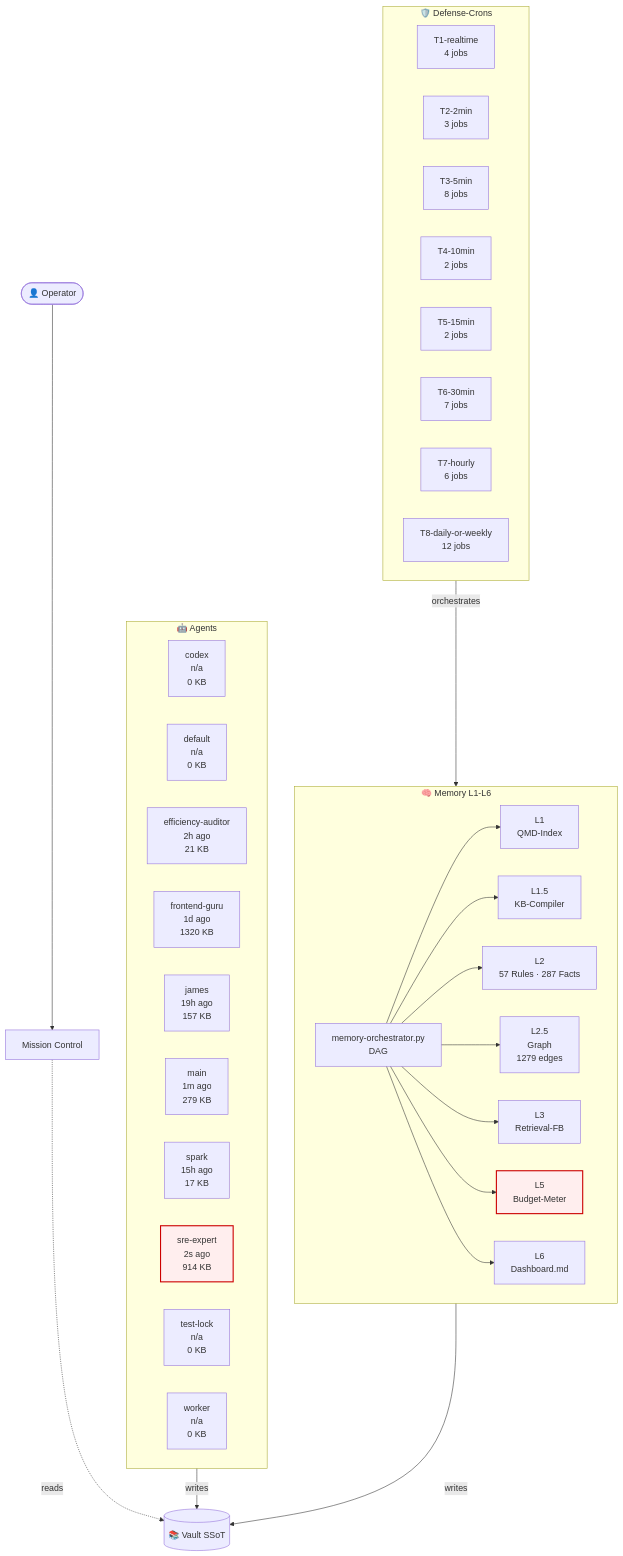
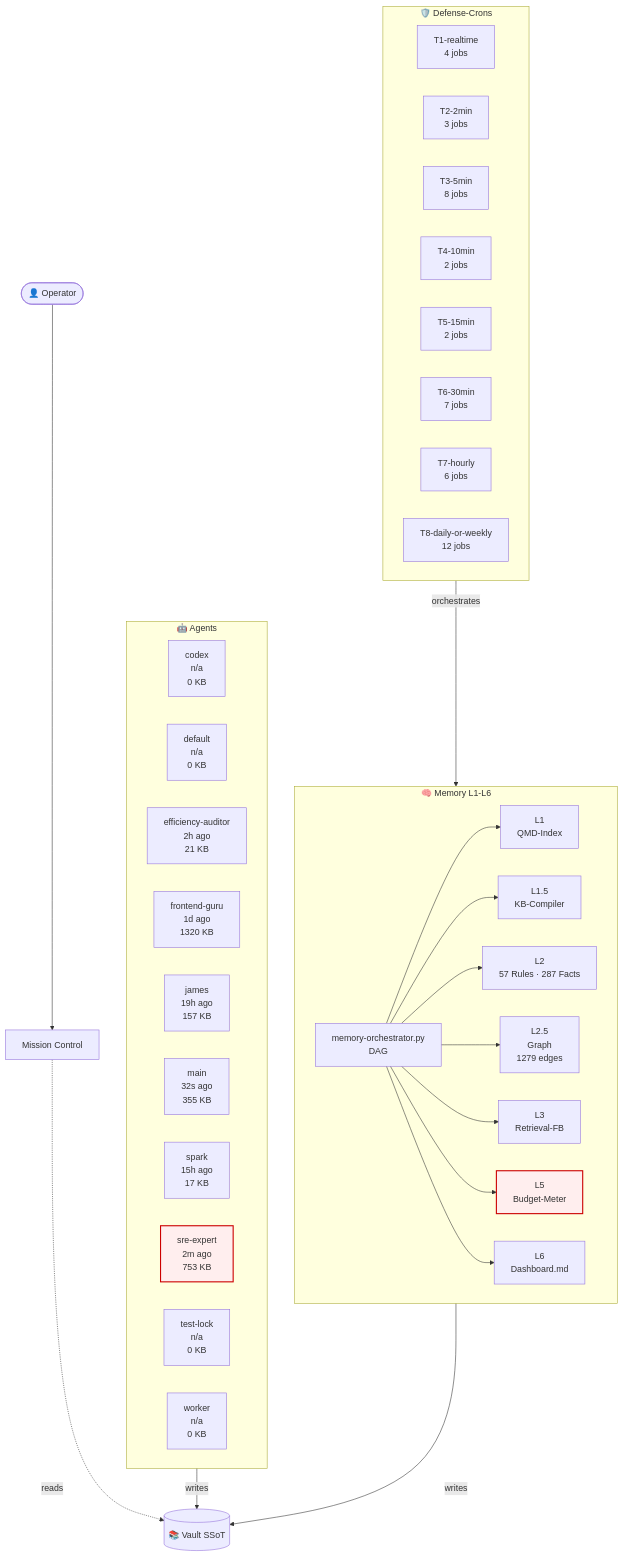
The diagram in 03-Agents/architecture-live.md (lenardhuebner88-rgb/openclaw-memory), drawn with Mermaid before and after one commit. The commit also changed other lines of this file and 6 other files, not shown here.

````diff
--- a/03-Agents/architecture-live.md
+++ b/03-Agents/architecture-live.md
@@ -18,53 +18,53 @@
 ```mermaid
 flowchart TB
     classDef critical fill:#fee,stroke:#c00,stroke-width:2px;
     subgraph AGT["🤖 Agents"]
         agent_codex["codex<br/>n/a<br/>0 KB"]
         agent_default["default<br/>n/a<br/>0 KB"]
         agent_efficiency_auditor["efficiency-auditor<br/>2h ago<br/>21 KB"]
         agent_frontend_guru["frontend-guru<br/>1d ago<br/>1320 KB"]
         agent_james["james<br/>19h ago<br/>157 KB"]
-        agent_main["main<br/>1m ago<br/>279 KB"]
+        agent_main["main<br/>32s ago<br/>355 KB"]
         agent_spark["spark<br/>15h ago<br/>17 KB"]
-        agent_sre_expert["sre-expert<br/>2s ago<br/>914 KB"]
+        agent_sre_expert["sre-expert<br/>2m ago<br/>753 KB"]
         agent_test_lock["test-lock<br/>n/a<br/>0 KB"]
         agent_worker["worker<br/>n/a<br/>0 KB"]
     end
     subgraph MEM["🧠 Memory L1-L6"]
         L1["L1<br/>QMD-Index"]
         L15["L1.5<br/>KB-Compiler"]
         L2["L2<br/>57 Rules · 287 Facts"]
         L25["L2.5<br/>Graph<br/>1279 edges"]
         L3["L3<br/>Retrieval-FB"]
         L5["L5<br/>Budget-Meter"]
         L6["L6<br/>Dashboard.md"]
         ORCH["memory-orchestrator.py<br/>DAG"]
     end
     subgraph CRN["🛡️ Defense-Crons"]
         tier_T1_realtime["T1-realtime<br/>4 jobs"]
         tier_T2_2min["T2-2min<br/>3 jobs"]
         tier_T3_5min["T3-5min<br/>8 jobs"]
         tier_T4_10min["T4-10min<br/>2 jobs"]
         tier_T5_15min["T5-15min<br/>2 jobs"]
         tier_T6_30min["T6-30min<br/>7 jobs"]
         tier_T7_hourly["T7-hourly<br/>6 jobs"]
         tier_T8_daily_or_weekly["T8-daily-or-weekly<br/>12 jobs"]
     end
     VAULT[("📚 Vault SSoT")]
     OP([👤 Operator])
     MC["Mission Control"]
     OP --> MC
     MC -.reads.-> VAULT
     AGT -->|writes| VAULT
     MEM -->|writes| VAULT
     ORCH --> L1
     ORCH --> L15
     ORCH --> L2
     ORCH --> L25
     ORCH --> L3
     ORCH --> L5
     ORCH --> L6
     CRN -->|orchestrates| MEM
     class L5 critical
     class agent_sre_expert critical
 ```
````
